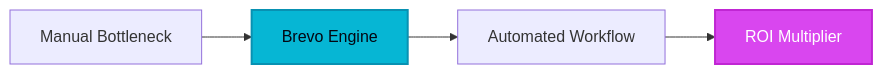
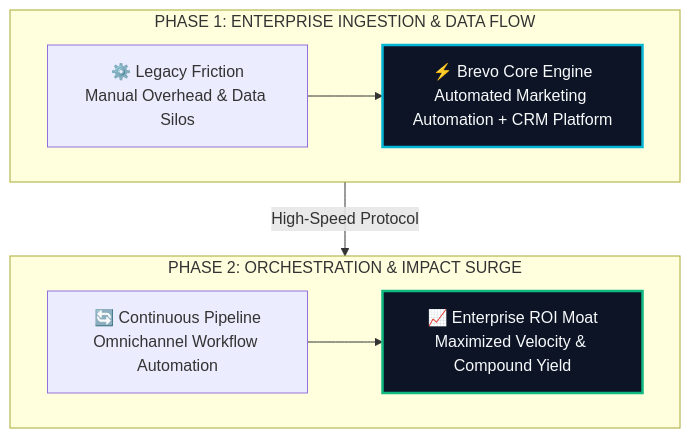
Before and after one commit to heliatech-media/saas-radar: the diagram in site/src/content/blog/brevo-evolution-guide-2026.md, drawn with Mermaid. The commit also changed 97 other files, not shown here.

First line of the commit message:
feat(diagrams): upgrade all article architecture schemas to high-impact 2-tier responsive vector blueprints

````diff
--- a/site/src/content/blog/brevo-evolution-guide-2026.md
+++ b/site/src/content/blog/brevo-evolution-guide-2026.md
@@ -55,8 +55,14 @@
 ```mermaid
-flowchart LR
-    A[Manual Bottleneck] --> B[Brevo Engine]
-    B --> C[Automated Workflow]
-    C --> D[ROI Multiplier]
-    style B fill:#06b6d4,stroke:#0891b2,stroke-width:2px,color:#030712
-    style D fill:#d946ef,stroke:#c026d3,stroke-width:2px,color:#ffffff
+flowchart TD
+    subgraph S1["PHASE 1: ENTERPRISE INGESTION & DATA FLOW"]
+        direction LR
+        A["⚙️ Legacy Friction<br/>Manual Overhead & Data Silos"] --> B["⚡ Brevo Core Engine<br/>Automated Marketing Automation + CRM Platform"]
+    end
+    subgraph S2["PHASE 2: ORCHESTRATION & IMPACT SURGE"]
+        direction LR
+        C["🔄 Continuous Pipeline<br/>Omnichannel Workflow Automation"] --> D["📈 Enterprise ROI Moat<br/>Maximized Velocity & Compound Yield"]
+    end
+    S1 -->|High-Speed Protocol| S2
+    style B fill:#0c1425,stroke:#06b6d4,stroke-width:2.5px,color:#f8fafc
+    style D fill:#0c1425,stroke:#10b981,stroke-width:2.5px,color:#f8fafc
 ```
````
